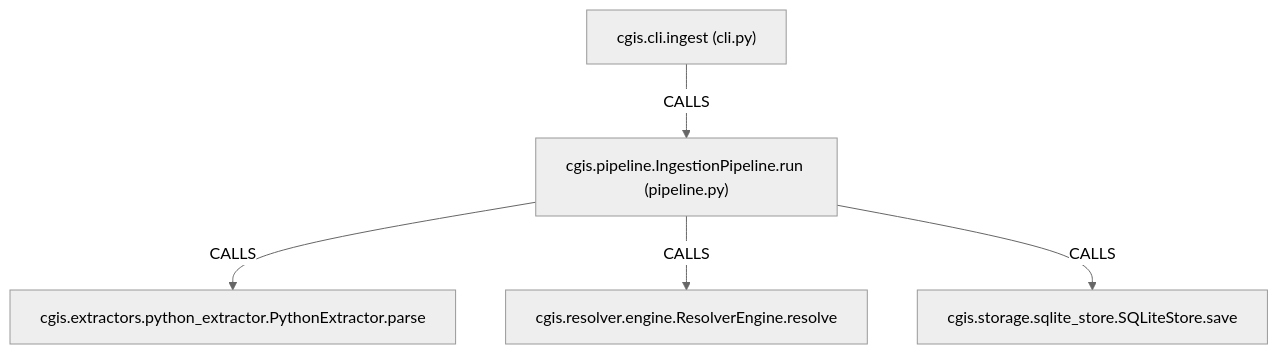
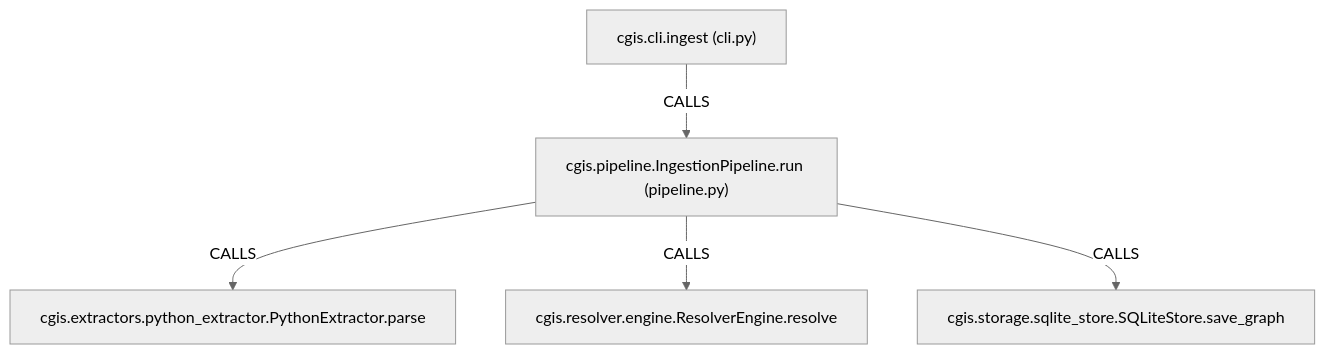
Before and after one commit to zaebee/codegraph-brain: the second of 2 diagrams in README.md, drawn with Mermaid (neutral theme). The commit also changed other lines of this file and 3 other files, not shown here.

````diff
--- a/README.md
+++ b/README.md
@@ -90,7 +90,7 @@
 ```mermaid
 graph TD
     n_cli["cgis.cli.ingest (cli.py)"] -- CALLS --> n_pipe["cgis.pipeline.IngestionPipeline.run (pipeline.py)"]
     n_pipe -- CALLS --> n_ext["cgis.extractors.python_extractor.PythonExtractor.parse"]
     n_pipe -- CALLS --> n_res["cgis.resolver.engine.ResolverEngine.resolve"]
-    n_pipe -- CALLS --> n_db["cgis.storage.sqlite_store.SQLiteStore.save"]
+    n_pipe -- CALLS --> n_db["cgis.storage.sqlite_store.SQLiteStore.save_graph"]
 ```
````
